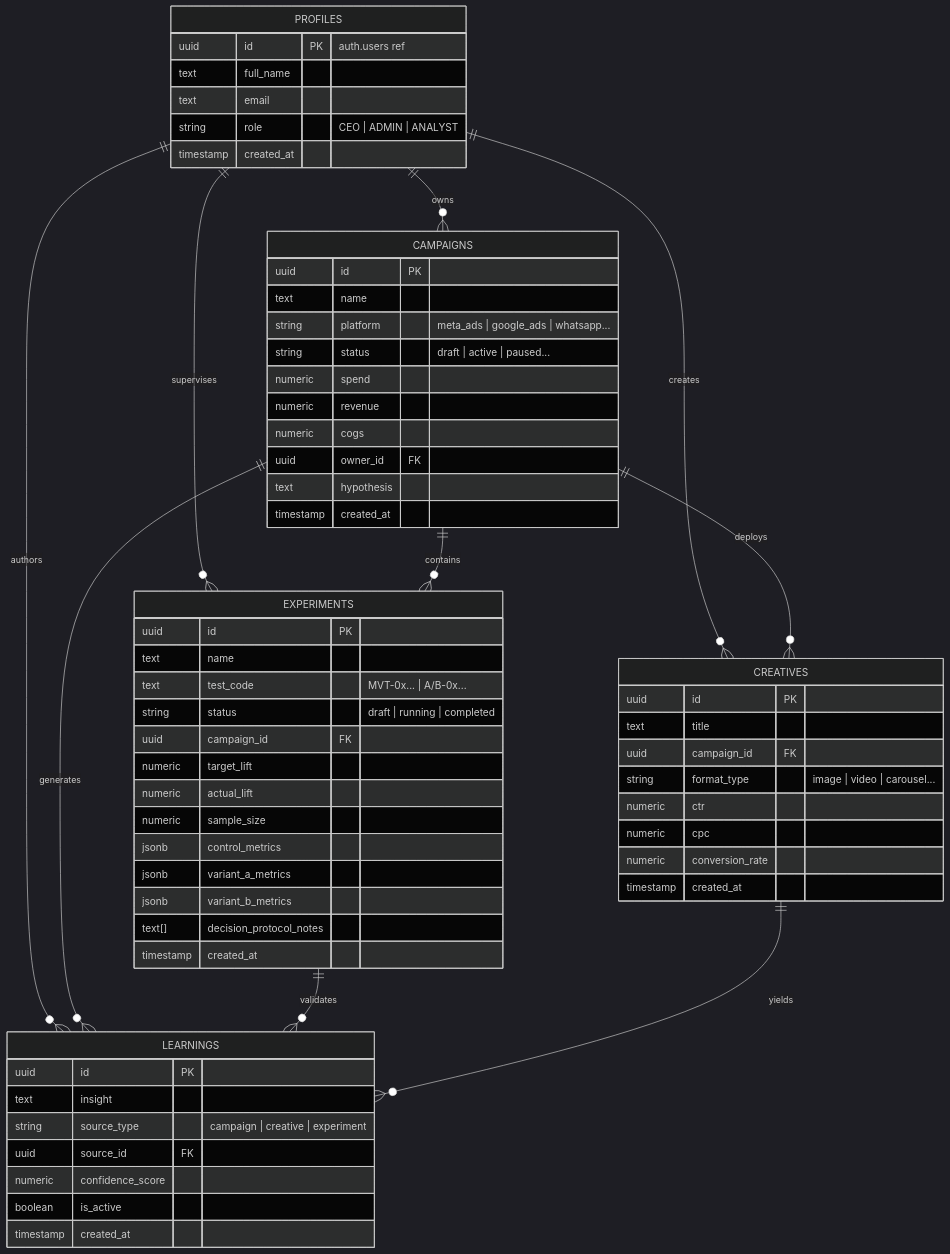
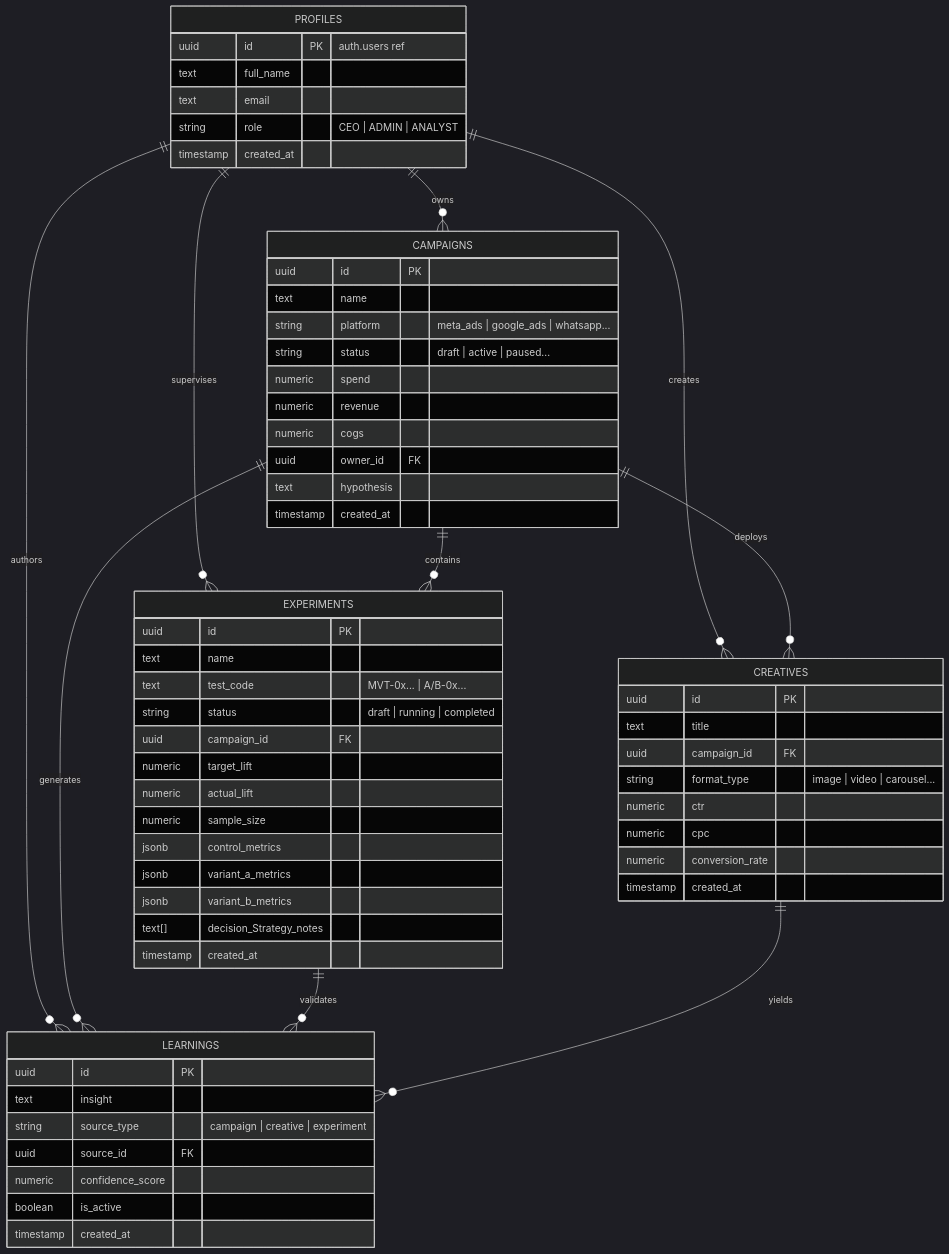
The diagram in docs/database.md (joshihridesh001-png/MIOS), drawn with Mermaid (dark theme) before and after one commit. The commit also changed other lines of this file and 24 other files, not shown here.

````diff
--- a/docs/database.md
+++ b/docs/database.md
@@ -8,72 +8,72 @@
 ```mermaid
 erDiagram
     PROFILES ||--o{ CAMPAIGNS : "owns"
     PROFILES ||--o{ CREATIVES : "creates"
     PROFILES ||--o{ EXPERIMENTS : "supervises"
     PROFILES ||--o{ LEARNINGS : "authors"
 
     CAMPAIGNS ||--o{ CREATIVES : "deploys"
     CAMPAIGNS ||--o{ EXPERIMENTS : "contains"
     CAMPAIGNS ||--o{ LEARNINGS : "generates"
 
     EXPERIMENTS ||--o{ LEARNINGS : "validates"
     CREATIVES ||--o{ LEARNINGS : "yields"
 
     PROFILES {
         uuid id PK "auth.users ref"
         text full_name
         text email
         string role "CEO | ADMIN | ANALYST"
         timestamp created_at
     }
 
     CAMPAIGNS {
         uuid id PK
         text name
         string platform "meta_ads | google_ads | whatsapp..."
         string status "draft | active | paused..."
         numeric spend
         numeric revenue
         numeric cogs
         uuid owner_id FK
         text hypothesis
         timestamp created_at
     }
 
     CREATIVES {
         uuid id PK
         text title
         uuid campaign_id FK
         string format_type "image | video | carousel..."
         numeric ctr
         numeric cpc
         numeric conversion_rate
         timestamp created_at
     }
 
     EXPERIMENTS {
         uuid id PK
         text name
         text test_code "MVT-0x... | A/B-0x..."
         string status "draft | running | completed"
         uuid campaign_id FK
         numeric target_lift
         numeric actual_lift
         numeric sample_size
         jsonb control_metrics
         jsonb variant_a_metrics
         jsonb variant_b_metrics
-        text[] decision_protocol_notes
+        text[] decision_Strategy_notes
         timestamp created_at
     }
 
     LEARNINGS {
         uuid id PK
         text insight
         string source_type "campaign | creative | experiment"
         uuid source_id FK
         numeric confidence_score
         boolean is_active
         timestamp created_at
     }
 ```
````
